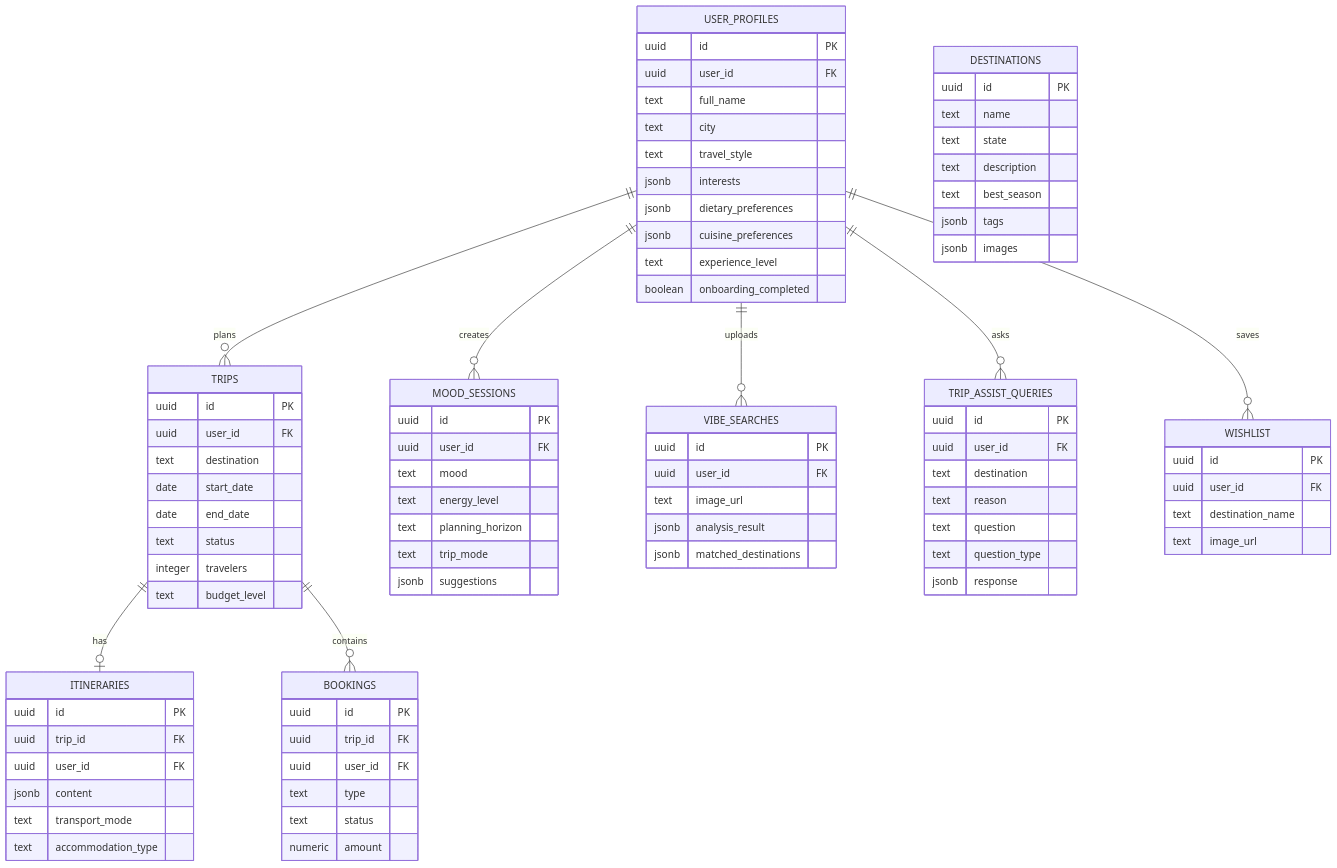
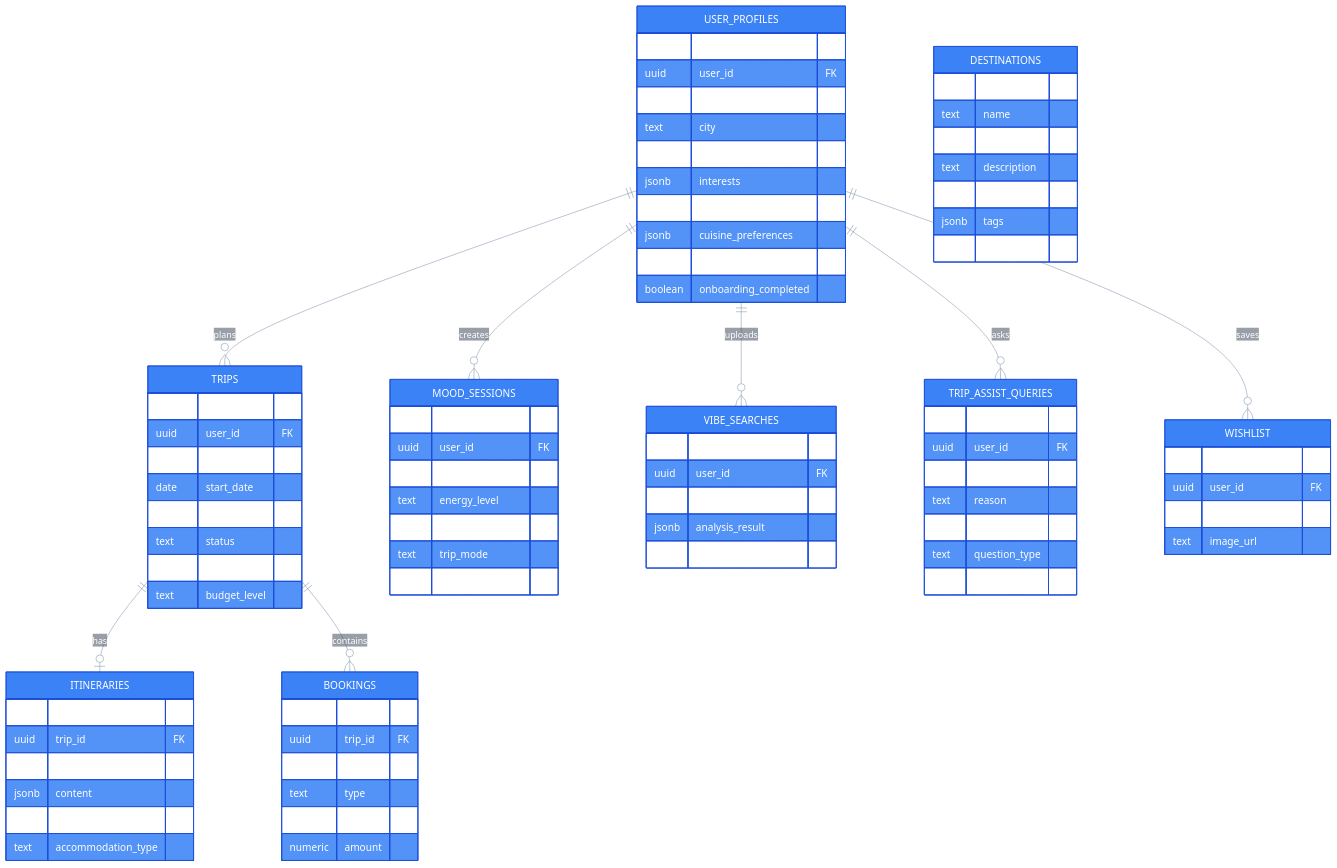
The third of 9 diagrams in README.md (Adamya-Varshney/Xcurson-AI-Travel-Planner), drawn with Mermaid before and after one commit. The commit also changed other lines of this file, not shown here.

First line of the commit message:
Style README diagrams with bright color-coded theme

````diff
--- a/README.md
+++ b/README.md
@@ -223,4 +249,5 @@
 ```mermaid
+%%{init: {'theme': 'base', 'themeVariables': {'primaryColor': '#3B82F6', 'primaryTextColor': '#FFFFFF', 'primaryBorderColor': '#1D4ED8', 'lineColor': '#94A3B8', 'secondaryColor': '#1E293B', 'tertiaryColor': '#334155', 'background': 'transparent'}}}%%
 erDiagram
     USER_PROFILES {
         uuid id PK
````
